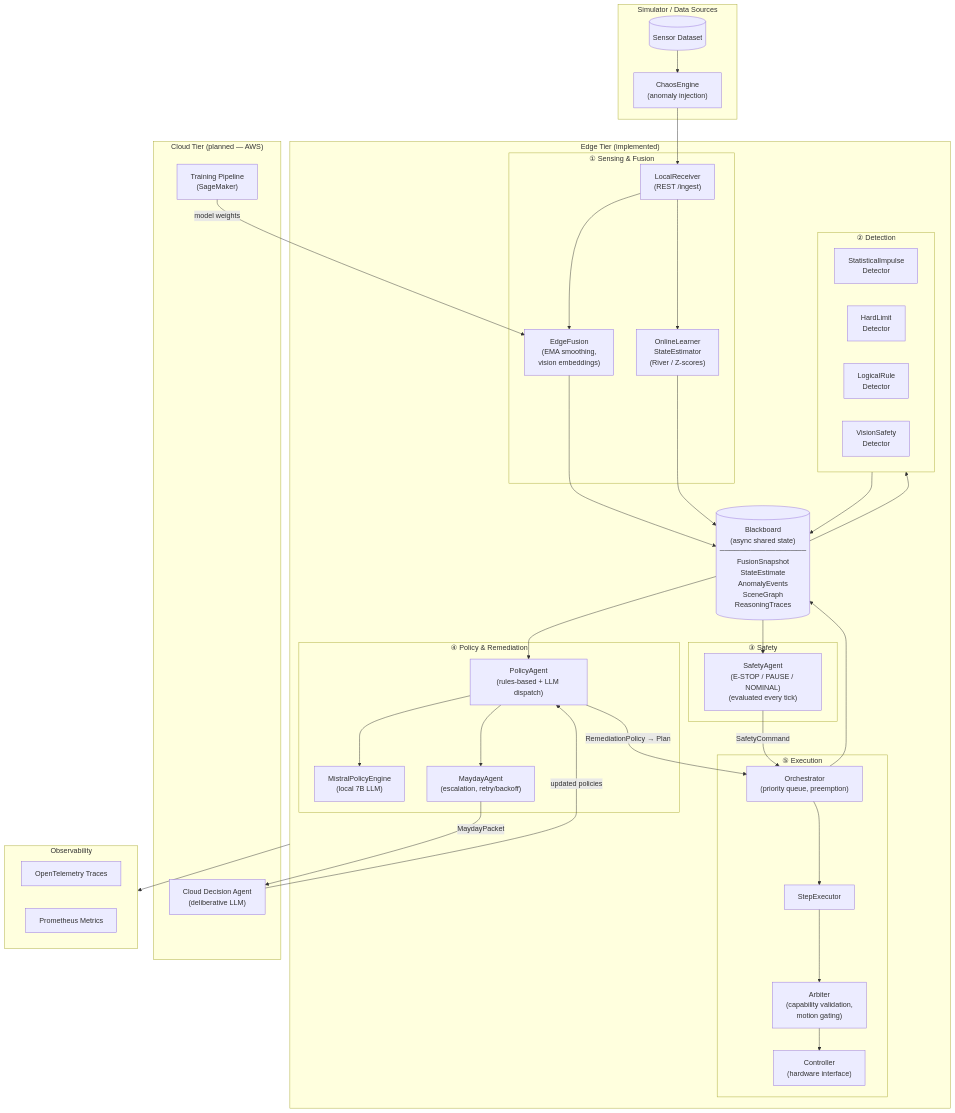
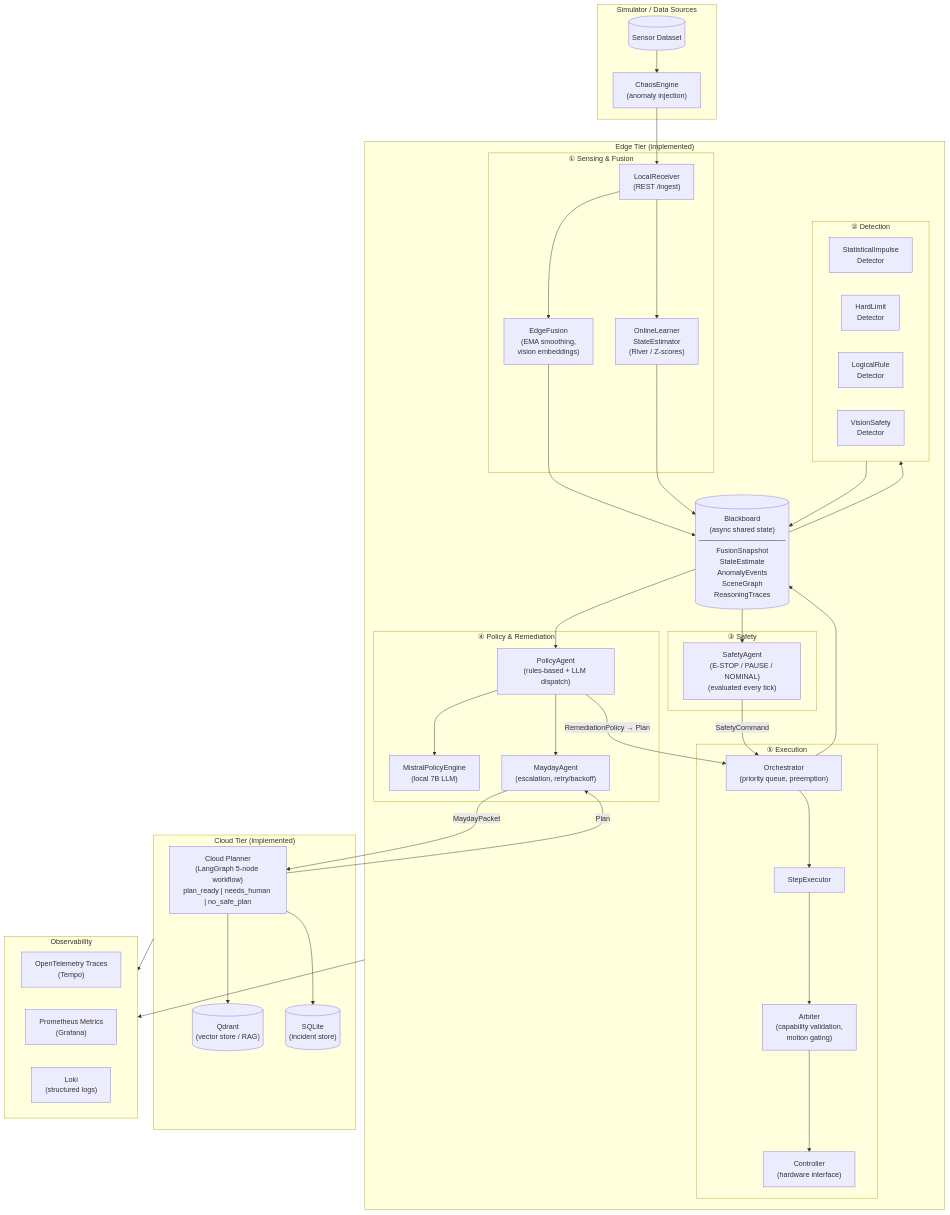
Before and after one commit to anedelkos/cortexguard: the diagram in docs/architecture_mermaid.md, drawn with Mermaid. The commit also changed 90 other files, not shown here.

First line of the commit message:
feat(cloud): add deliberative cloud planner with LangGraph + RAG + LLM

````diff
--- a/docs/architecture_mermaid.md
+++ b/docs/architecture_mermaid.md
@@ -3,78 +3,82 @@
 ```mermaid
 flowchart TD
 
     subgraph SIM["Simulator / Data Sources"]
         DS[("Sensor Dataset")]
         CE["ChaosEngine\n(anomaly injection)"]
         DS --> CE
     end
 
     subgraph EDGE["Edge Tier (implemented)"]
 
         subgraph S1["① Sensing & Fusion"]
             RCV["LocalReceiver\n(REST /ingest)"]
             EF["EdgeFusion\n(EMA smoothing,\nvision embeddings)"]
             OLLE["OnlineLearner\nStateEstimator\n(River / Z-scores)"]
             RCV --> EF
             RCV --> OLLE
         end
 
         BB[("Blackboard\n(async shared state)\n─────────────────\nFusionSnapshot\nStateEstimate\nAnomalyEvents\nSceneGraph\nReasoningTraces")]
 
         subgraph S2["② Detection"]
             SID["StatisticalImpulse\nDetector"]
             HLD["HardLimit\nDetector"]
             LRD["LogicalRule\nDetector"]
             VSD["VisionSafety\nDetector"]
         end
 
         subgraph S3["③ Safety"]
             SA["SafetyAgent\n(E-STOP / PAUSE / NOMINAL)\n(evaluated every tick)"]
         end
 
         subgraph S4["④ Policy & Remediation"]
             PA["PolicyAgent\n(rules-based + LLM dispatch)"]
             MPE["MistralPolicyEngine\n(local 7B LLM)"]
             MA["MaydayAgent\n(escalation, retry/backoff)"]
             PA --> MPE
         end
 
         subgraph S5["⑤ Execution"]
             ORC["Orchestrator\n(priority queue, preemption)"]
             SE["StepExecutor"]
             ARB["Arbiter\n(capability validation,\nmotion gating)"]
             CTRL["Controller\n(hardware interface)"]
             ORC --> SE --> ARB --> CTRL
         end
 
         CE --> RCV
         EF --> BB
         OLLE --> BB
 
         BB --> S2
         S2 --> BB
 
         BB --> SA
         BB --> PA
         PA -->|RemediationPolicy → Plan| ORC
         PA --> MA
         SA -->|SafetyCommand| ORC
         ORC --> BB
     end
 
-    subgraph CLOUD["Cloud Tier (planned — AWS)"]
-        CDA["Cloud Decision Agent\n(deliberative LLM)"]
-        TRN["Training Pipeline\n(SageMaker)"]
+    subgraph CLOUD["Cloud Tier (implemented)"]
+        CDA["Cloud Planner\n(LangGraph 5-node workflow)\nplan_ready | needs_human | no_safe_plan"]
+        QDR[("Qdrant\n(vector store / RAG)")]
+        DB[("SQLite\n(incident store)")]
+        CDA --> QDR
+        CDA --> DB
     end
 
     MA -->|MaydayPacket| CDA
-    CDA -->|updated policies| PA
-    TRN -->|model weights| EF
+    CDA -->|Plan| MA
 
     subgraph OBS["Observability"]
-        OTEL["OpenTelemetry Traces"]
-        PROM["Prometheus Metrics"]
+        OTEL["OpenTelemetry Traces\n(Tempo)"]
+        PROM["Prometheus Metrics\n(Grafana)"]
+        LOKI["Loki\n(structured logs)"]
     end
 
     EDGE --> OBS
+    CLOUD --> OBS
 ```
````
